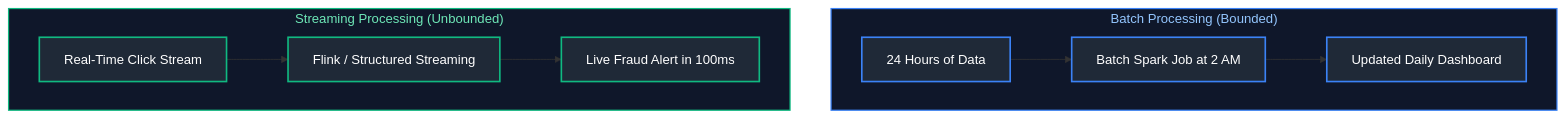
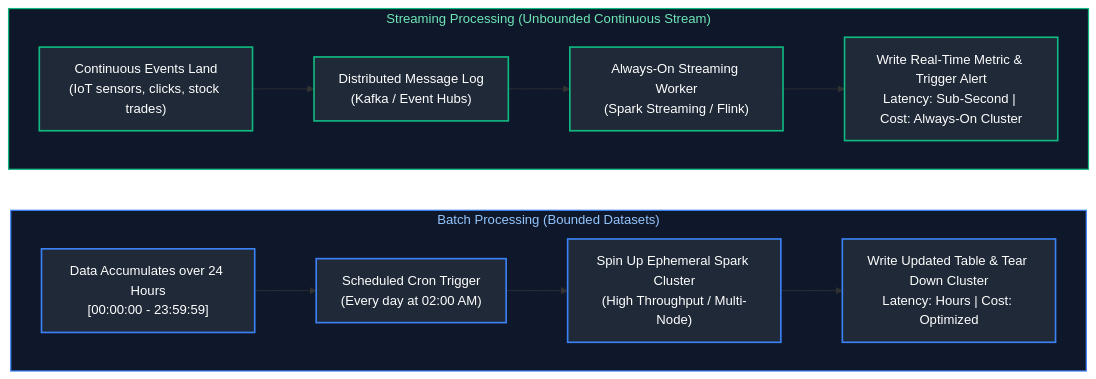
The fourth of 24 diagrams in Data Engineering/10_data_pipeline_design_and_ingestion.md (joydeep-biswas/Interview-Preparation), drawn with Mermaid before and after one commit. The commit also changed other lines of this file and 143 other files, not shown here.

````diff
--- a/Data Engineering/10_data_pipeline_design_and_ingestion.md
+++ b/Data Engineering/10_data_pipeline_design_and_ingestion.md
@@ -157,20 +311,27 @@
 ```mermaid
-flowchart TD
-    subgraph BatchParadigm ["Batch Processing (Bounded)"]
-        BIn[24 Hours of Data] --> BProc[Batch Spark Job at 2 AM] --> BOut[Updated Daily Dashboard]
+flowchart LR
+    subgraph BatchFlow ["Batch Processing (Bounded Datasets)"]
+        direction LR
+        BData["Data Accumulates over 24 Hours<br/>[00:00:00 - 23:59:59]"] --> BTrigger["Scheduled Cron Trigger<br/>(Every day at 02:00 AM)"]
+        BTrigger --> BCluster["Spin Up Ephemeral Spark Cluster<br/>(High Throughput / Multi-Node)"]
+        BCluster --> BFinish["Write Updated Table & Tear Down Cluster<br/>Latency: Hours | Cost: Optimized"]
     end
 
-    subgraph StreamParadigm ["Streaming Processing (Unbounded)"]
-        SIn[Real-Time Click Stream] --> SProc[Flink / Structured Streaming] --> SOut[Live Fraud Alert in 100ms]
+    subgraph StreamFlow ["Streaming Processing (Unbounded Continuous Stream)"]
+        direction LR
+        SData["Continuous Events Land<br/>(IoT sensors, clicks, stock trades)"] --> SBuffer["Distributed Message Log<br/>(Kafka / Event Hubs)"]
+        SBuffer --> SWorker["Always-On Streaming Worker<br/>(Spark Streaming / Flink)"]
+        SWorker --> SAlert["Write Real-Time Metric & Trigger Alert<br/>Latency: Sub-Second | Cost: Always-On Cluster"]
     end
 
-    style BatchParadigm fill:#0f172a,stroke:#3b82f6,stroke-width:1.5px,color:#93c5fd
-    style StreamParadigm fill:#0f172a,stroke:#10b981,stroke-width:1.5px,color:#6ee7b7
-
-    style BIn fill:#1f2937,stroke:#3b82f6,stroke-width:2px,color:#fff
-    style BProc fill:#1f2937,stroke:#3b82f6,stroke-width:2px,color:#fff
-    style BOut fill:#1f2937,stroke:#3b82f6,stroke-width:2px,color:#fff
-    style SIn fill:#1f2937,stroke:#10b981,stroke-width:2px,color:#fff
-    style SProc fill:#1f2937,stroke:#10b981,stroke-width:2px,color:#fff
-    style SOut fill:#1f2937,stroke:#10b981,stroke-width:2px,color:#fff
+    style BatchFlow fill:#0f172a,stroke:#3b82f6,stroke-width:1.5px,color:#93c5fd
+    style StreamFlow fill:#0f172a,stroke:#10b981,stroke-width:1.5px,color:#6ee7b7
+    style BData fill:#1f2937,stroke:#3b82f6,stroke-width:2px,color:#fff
+    style BTrigger fill:#1f2937,stroke:#3b82f6,stroke-width:2px,color:#fff
+    style BCluster fill:#1f2937,stroke:#3b82f6,stroke-width:2px,color:#fff
+    style BFinish fill:#1f2937,stroke:#3b82f6,stroke-width:2px,color:#fff
+    style SData fill:#1f2937,stroke:#10b981,stroke-width:2px,color:#fff
+    style SBuffer fill:#1f2937,stroke:#10b981,stroke-width:2px,color:#fff
+    style SWorker fill:#1f2937,stroke:#10b981,stroke-width:2px,color:#fff
+    style SAlert fill:#1f2937,stroke:#10b981,stroke-width:2px,color:#fff
 ```
````
